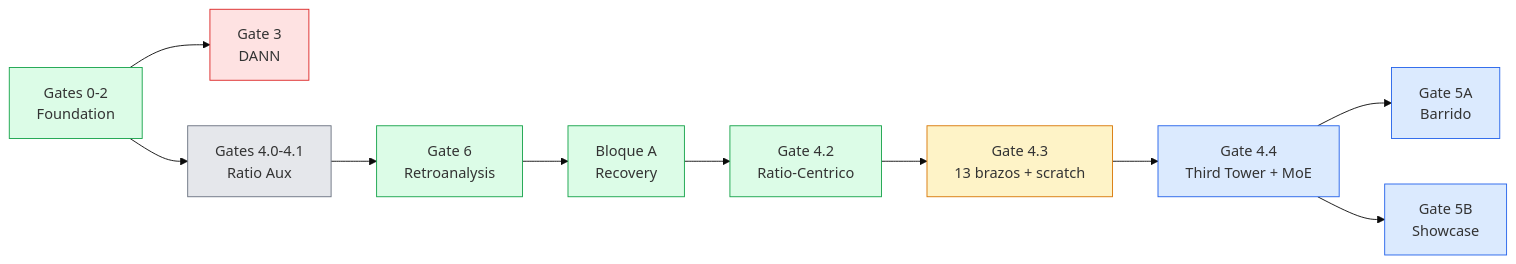
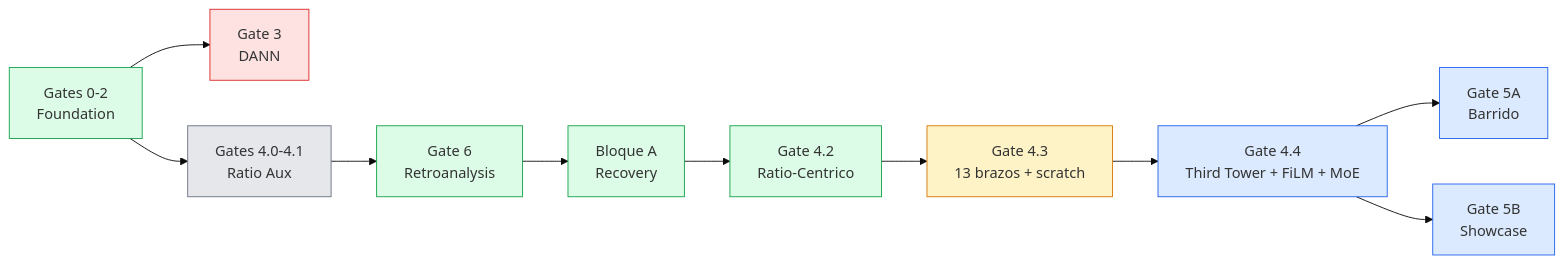
One commit to Mar-IA-no/Phideus changed the diagram in README.md. Above: the diagram before and after it, drawn with Mermaid (base theme). The commit also changed other lines of this file and 16 other files, not shown here.

Commit message:
docs: align Gate 4.4 scope to Third Tower + FiLM + MoE

````diff
--- a/README.md
+++ b/README.md
@@ -123,23 +123,23 @@
 ```mermaid
 flowchart LR
   G02["Gates 0-2\nFoundation"] --> G3["Gate 3\nDANN"]
   G02 --> G4["Gates 4.0-4.1\nRatio Aux"]
   G4 --> G6["Gate 6\nRetroanalysis"]
   G6 --> BA["Bloque A\nRecovery"]
   BA --> G42["Gate 4.2\nRatio-Centrico"]
   G42 --> G43["Gate 4.3\n13 brazos + scratch"]
-  G43 --> G44["Gate 4.4\nThird Tower + MoE"]
+  G43 --> G44["Gate 4.4\nThird Tower + FiLM + MoE"]
   G44 --> G5A["Gate 5A\nBarrido"]
   G44 --> G5B["Gate 5B\nShowcase"]
 
   style G02 fill:#dcfce7,stroke:#16a34a
   style G3 fill:#fee2e2,stroke:#dc2626
   style G4 fill:#e5e7eb,stroke:#6b7280
   style G6 fill:#dcfce7,stroke:#16a34a
   style BA fill:#dcfce7,stroke:#16a34a
   style G42 fill:#dcfce7,stroke:#16a34a
   style G43 fill:#fef3c7,stroke:#d97706
   style G44 fill:#dbeafe,stroke:#2563eb
   style G5A fill:#dbeafe,stroke:#2563eb
   style G5B fill:#dbeafe,stroke:#2563eb
 ```
````
